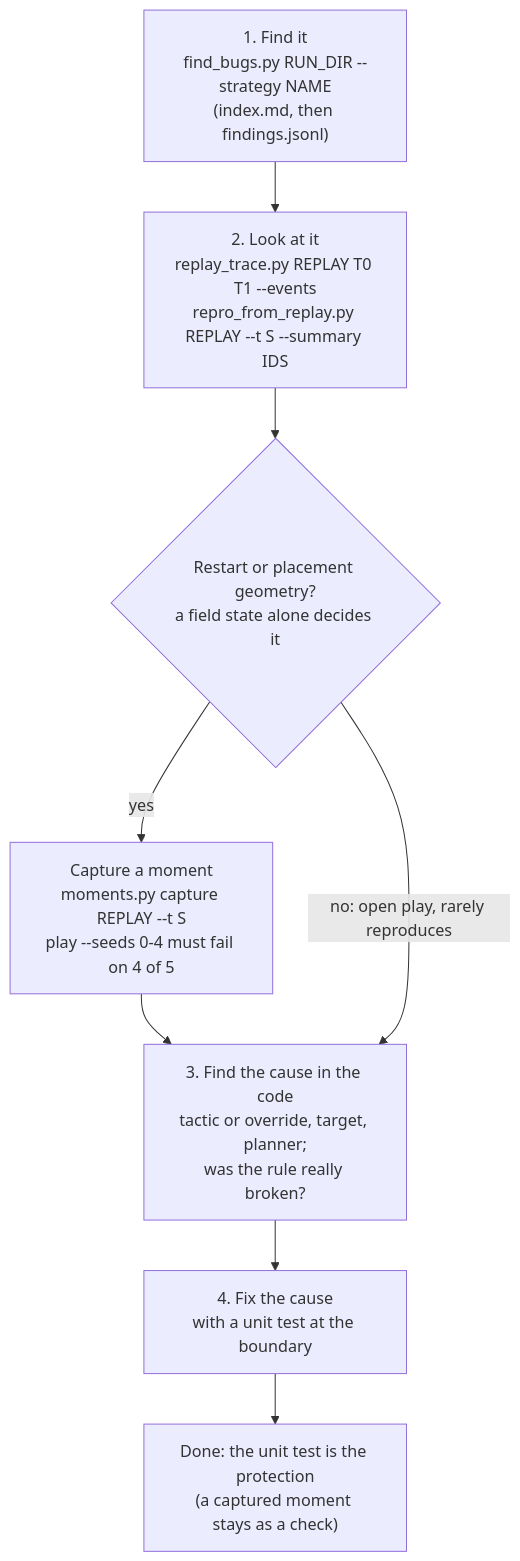
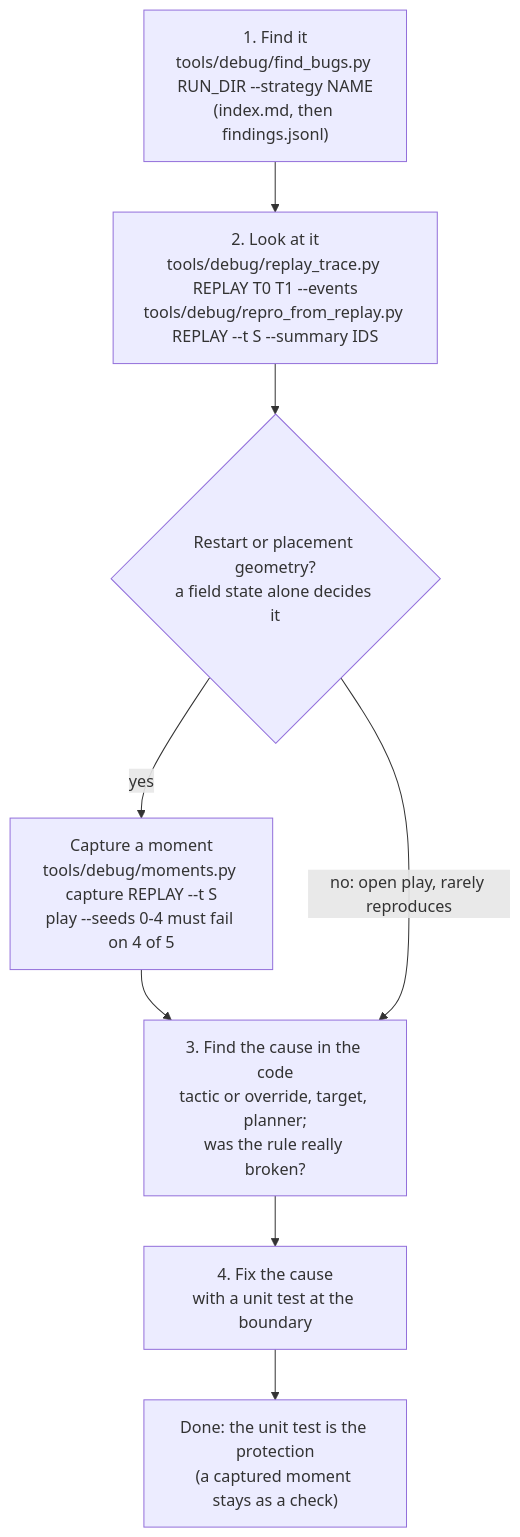
One commit to First-Order-RoboCup-SSL/Utama-Core changed the fifth of 5 diagrams in docs/STRATEGY_DEVELOPMENT.md. Above: the diagram before and after it, drawn with Mermaid. The commit also changed other lines of this file and 107 other files, not shown here.

````diff
--- a/docs/STRATEGY_DEVELOPMENT.md
+++ b/docs/STRATEGY_DEVELOPMENT.md
@@ -462,15 +462,15 @@
 ```mermaid
 flowchart TD
-    find["1. Find it<br/>find_bugs.py RUN_DIR --strategy NAME<br/>(index.md, then findings.jsonl)"]
-    look["2. Look at it<br/>replay_trace.py REPLAY T0 T1 --events<br/>repro_from_replay.py REPLAY --t S --summary IDS"]
+    find["1. Find it<br/>tools/debug/find_bugs.py RUN_DIR --strategy NAME<br/>(index.md, then findings.jsonl)"]
+    look["2. Look at it<br/>tools/debug/replay_trace.py REPLAY T0 T1 --events<br/>tools/debug/repro_from_replay.py REPLAY --t S --summary IDS"]
     q{"Restart or placement geometry?<br/>a field state alone decides it"}
-    moment["Capture a moment<br/>moments.py capture REPLAY --t S<br/>play --seeds 0-4 must fail on 4 of 5"]
+    moment["Capture a moment<br/>tools/debug/moments.py capture REPLAY --t S<br/>play --seeds 0-4 must fail on 4 of 5"]
     cause["3. Find the cause in the code<br/>tactic or override, target, planner;<br/>was the rule really broken?"]
     fix["4. Fix the cause<br/>with a unit test at the boundary"]
     done["Done: the unit test is the protection<br/>(a captured moment stays as a check)"]
 
     find --> look --> q
     q -- "yes" --> moment --> cause
     q -- "no: open play, rarely reproduces" --> cause
     cause --> fix --> done
 ```
````
